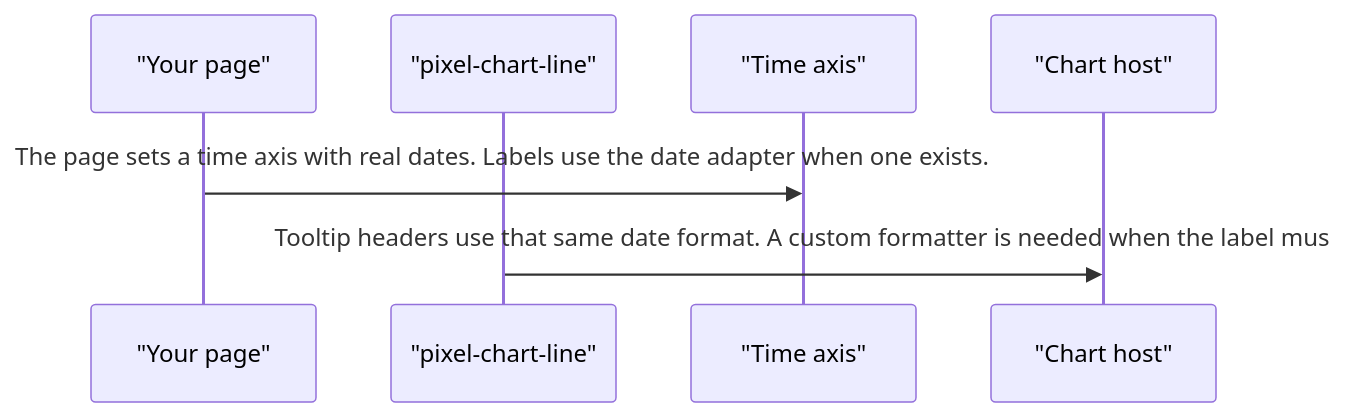
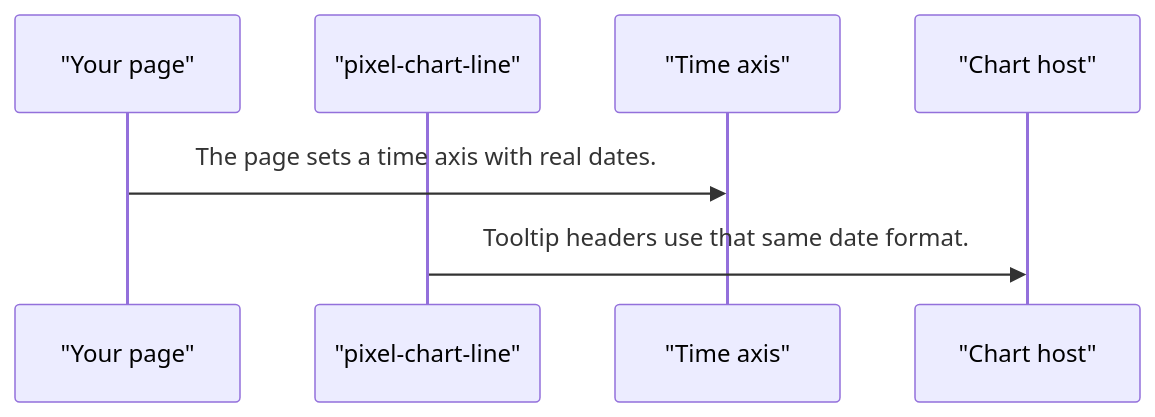
The fifth of 5 diagrams in projects/pixel-ui/src/lib/pixel-chart-line/DESIGN.md (RajshekharBorate/pixel-ui), drawn with Mermaid before and after one commit. The commit also changed other lines of this file and 80 other files, not shown here.

Commit message:
Fill missing design flows and correct the stories that did not match component behavior.

````diff
--- a/projects/pixel-ui/src/lib/pixel-chart-line/DESIGN.md
+++ b/projects/pixel-ui/src/lib/pixel-chart-line/DESIGN.md
@@ -93,9 +93,9 @@
 ```mermaid
 sequenceDiagram
   participant page as "Your page"
   participant plot as "pixel-chart-line"
   participant zoom as "Time axis"
   participant host as "Chart host"
-  page->>zoom: The page sets a time axis with real dates. Labels use the date adapter when one exists.
-  plot->>host: Tooltip headers use that same date format. A custom formatter is needed when the label mus
+  page->>zoom: The page sets a time axis with real dates.
+  plot->>host: Tooltip headers use that same date format.
 ```
````
